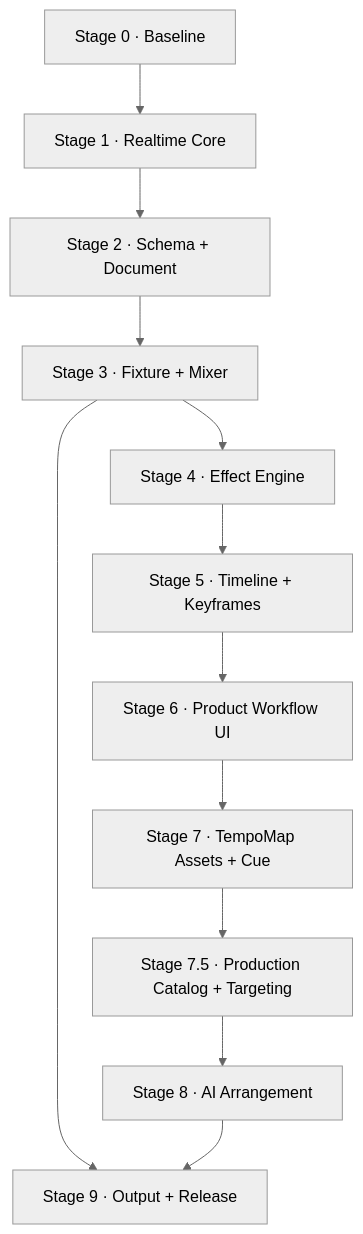
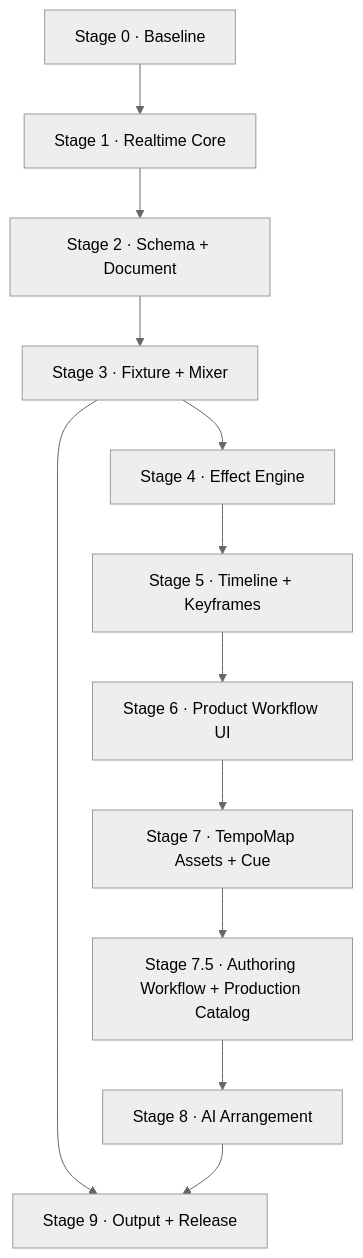
One commit to matozz/lumina-ai changed the second of 3 diagrams in docs/lumina-overhaul-plan.md. Above: the diagram before and after it, drawn with Mermaid (neutral theme). The commit also changed other lines of this file and 10 other files, not shown here.

Commit message:
docs(stage7.5): 📝 plan authoring workflow foundation

````diff
--- a/docs/lumina-overhaul-plan.md
+++ b/docs/lumina-overhaul-plan.md
@@ -209,14 +210,14 @@
 ```mermaid
 flowchart TD
     S0["Stage 0 · Baseline"] --> S1["Stage 1 · Realtime Core"]
     S1 --> S2["Stage 2 · Schema + Document"]
     S2 --> S3["Stage 3 · Fixture + Mixer"]
     S3 --> S4["Stage 4 · Effect Engine"]
     S4 --> S5["Stage 5 · Timeline + Keyframes"]
     S5 --> S6["Stage 6 · Product Workflow UI"]
     S6 --> S7["Stage 7 · TempoMap Assets + Cue"]
-    S7 --> S75["Stage 7.5 · Production Catalog + Targeting"]
+    S7 --> S75["Stage 7.5 · Authoring Workflow + Production Catalog"]
     S75 --> S8["Stage 8 · AI Arrangement"]
     S3 --> S9["Stage 9 · Output + Release"]
     S8 --> S9
 ```
````
